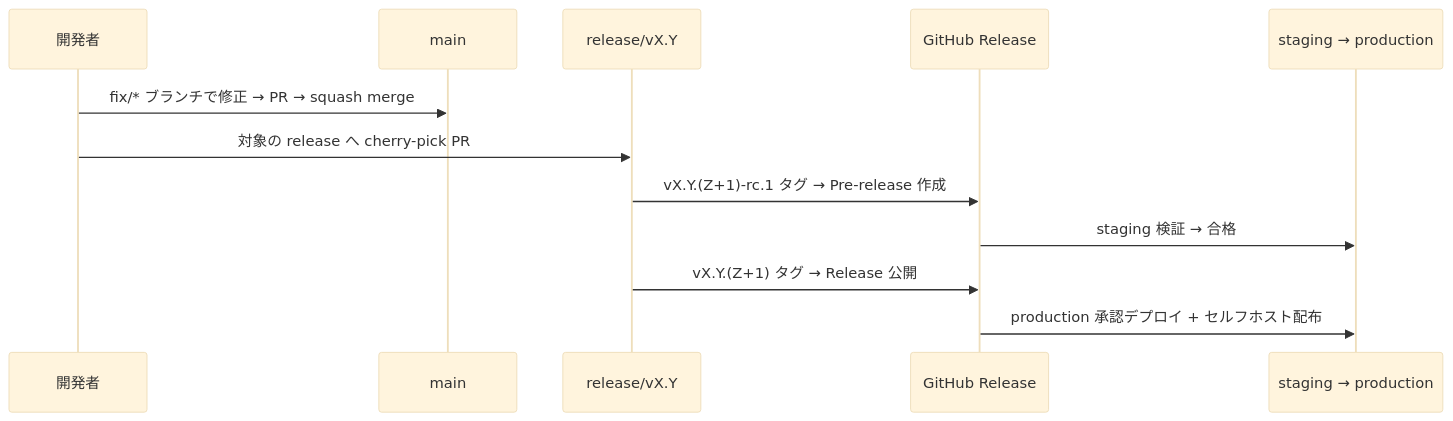
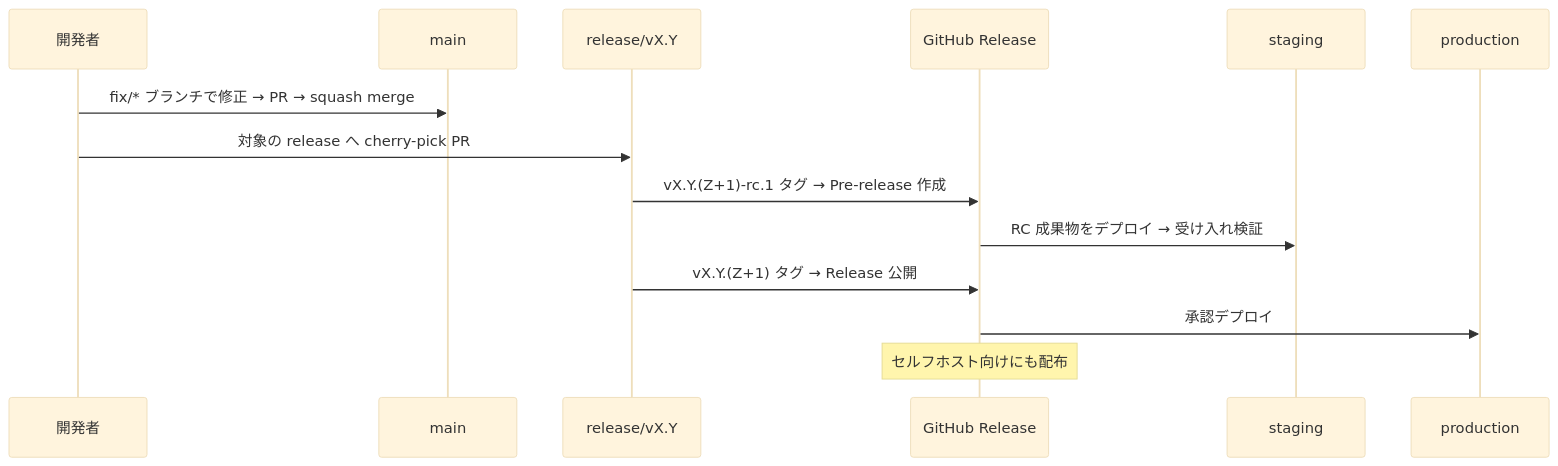
The diagram in docs/standards/incident.md (ykgw-daiki-nakamura/nakamura-git-tutorial), drawn with Mermaid (base theme) before and after one commit. The commit also changed other lines of this file, not shown here.

````diff
--- a/docs/standards/incident.md
+++ b/docs/standards/incident.md
@@ -29,14 +29,16 @@
 ```mermaid
 sequenceDiagram
   participant Dev as 開発者
   participant Main as main
   participant Rel as release/vX.Y
   participant GH as GitHub Release
-  participant Env as staging → production
+  participant Stg as staging
+  participant Prod as production
   Dev->>Main: fix/* ブランチで修正 → PR → squash merge
   Dev->>Rel: 対象の release へ cherry-pick PR
   Rel->>GH: vX.Y.(Z+1)-rc.1 タグ → Pre-release 作成
-  GH->>Env: staging 検証 → 合格
+  GH->>Stg: RC 成果物をデプロイ → 受け入れ検証
   Rel->>GH: vX.Y.(Z+1) タグ → Release 公開
-  GH->>Env: production 承認デプロイ + セルフホスト配布
+  GH->>Prod: 承認デプロイ
+  Note over GH: セルフホスト向けにも配布
 ```
````
